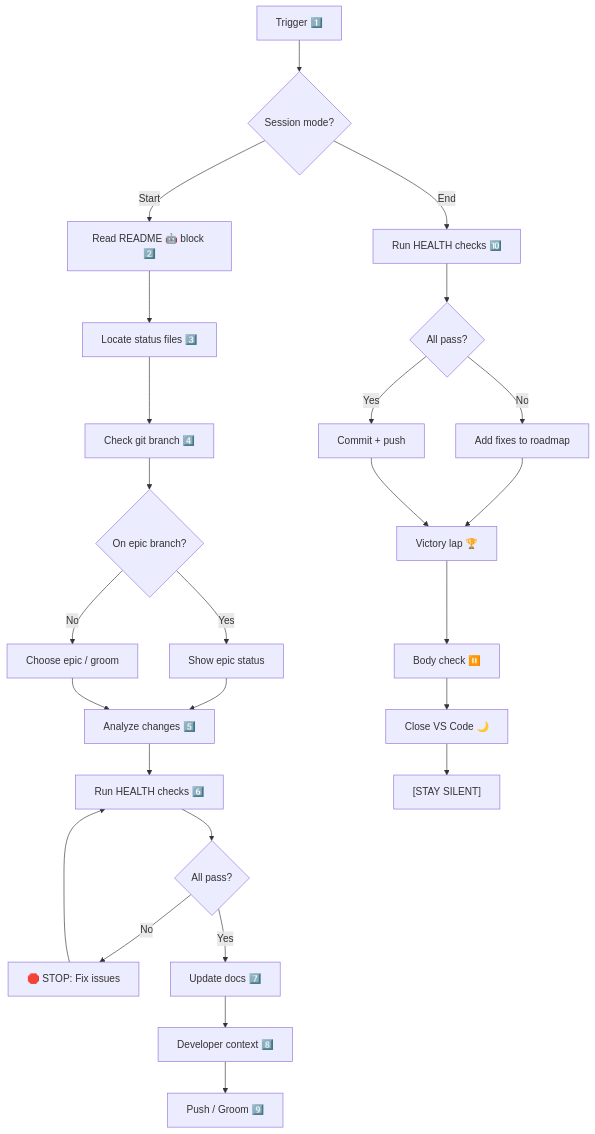
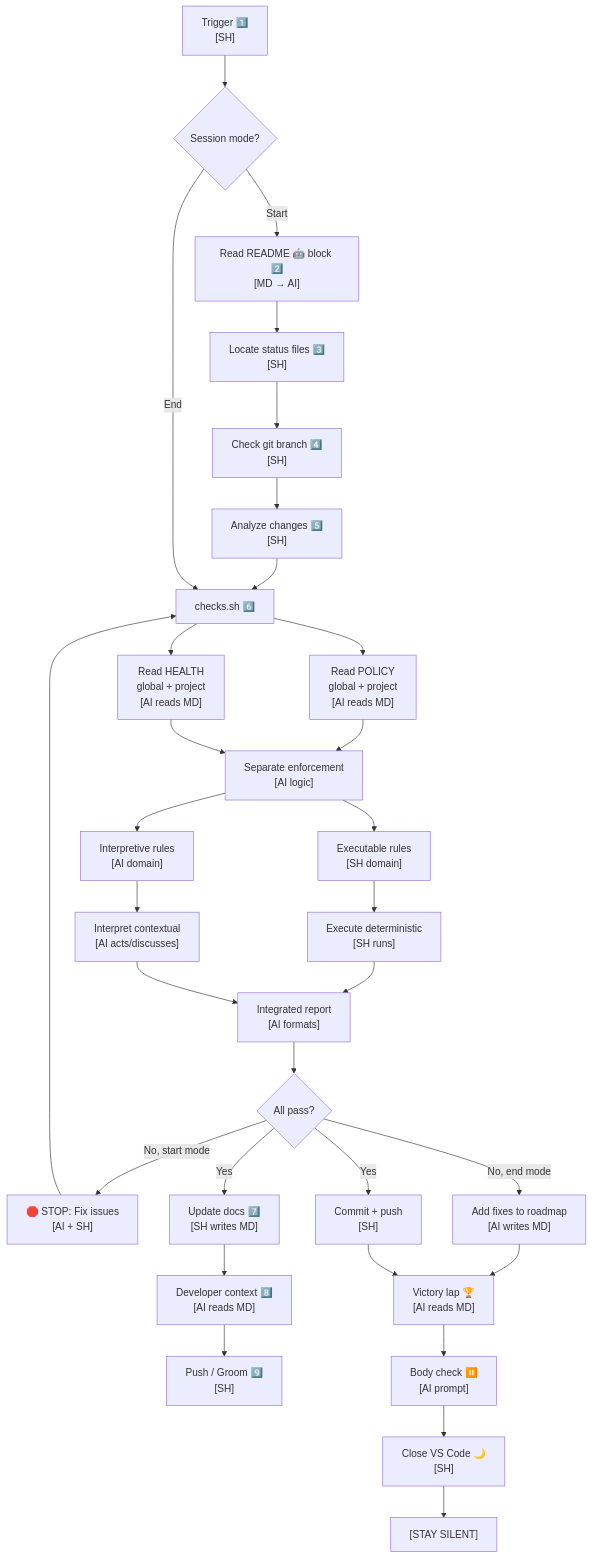
Before and after one commit to nonlinear/skills: the third of 3 diagrams in backstage-skill/SKILL.md, drawn with Mermaid. The commit also changed other lines of this file and 2 other files, not shown here.

Commit message:
backstage-skill: Add POLICY/HEALTH enforcement (executable vs interpretive separation, self-contained)

````diff
--- a/backstage-skill/SKILL.md
+++ b/backstage-skill/SKILL.md
@@ -58,59 +167,77 @@
 ```mermaid
 flowchart TD
-    START["Trigger 1️⃣"]
+    START["Trigger 1️⃣<br/>[SH]"]
     MODE{"Session mode?"}
     
+    %% Common checks module (expanded)
+    CHECKS["checks.sh 6️⃣"]
+    READ_POLICY["Read POLICY<br/>global + project<br/>[AI reads MD]"]
+    READ_HEALTH["Read HEALTH<br/>global + project<br/>[AI reads MD]"]
+    
+    SEPARATE["Separate enforcement<br/>[AI logic]"]
+    EXEC["Executable rules<br/>[SH domain]"]
+    INTERP["Interpretive rules<br/>[AI domain]"]
+    
+    SH_EXEC["Execute deterministic<br/>[SH runs]"]
+    AI_INTERP["Interpret contextual<br/>[AI acts/discusses]"]
+    
+    INTEGRATE["Integrated report<br/>[AI formats]"]
+    CHECKS_GATE{"All pass?"}
+    
     %% Start Branch
-    START_BRANCH["Read README 🤖 block 2️⃣"]
-    START_FILES["Locate status files 3️⃣"]
-    START_GIT["Check git branch 4️⃣"]
-    START_EPIC{"On epic branch?"}
-    START_STATUS["Show epic status"]
-    START_CHOOSE["Choose epic / groom"]
-    START_WORK["Analyze changes 5️⃣"]
-    START_CHECK["Run HEALTH checks 6️⃣"]
-    START_GATE{"All pass?"}
-    START_FIX["🛑 STOP: Fix issues"]
-    START_UPDATE["Update docs 7️⃣"]
-    START_REPORT["Developer context 8️⃣"]
-    START_PUSH["Push / Groom 9️⃣"]
+    START_BRANCH["Read README 🤖 block 2️⃣<br/>[MD → AI]"]
+    START_FILES["Locate status files 3️⃣<br/>[SH]"]
+    START_GIT["Check git branch 4️⃣<br/>[SH]"]
+    START_WORK["Analyze changes 5️⃣<br/>[SH]"]
+    START_FIX["🛑 STOP: Fix issues<br/>[AI + SH]"]
+    START_UPDATE["Update docs 7️⃣<br/>[SH writes MD]"]
+    START_REPORT["Developer context 8️⃣<br/>[AI reads MD]"]
+    START_PUSH["Push / Groom 9️⃣<br/>[SH]"]
     
     %% End Branch
-    END_CHECK["Run HEALTH checks 🔟"]
-    END_GATE{"All pass?"}
-    END_FIXES["Add fixes to roadmap"]
-    END_PUSH["Commit + push"]
-    END_VICTORY["Victory lap 🏆"]
-    END_BODY["Body check ⏸️"]
-    END_CLOSE["Close VS Code 🌙"]
+    END_FIXES["Add fixes to roadmap<br/>[AI writes MD]"]
+    END_PUSH["Commit + push<br/>[SH]"]
+    END_VICTORY["Victory lap 🏆<br/>[AI reads MD]"]
+    END_BODY["Body check ⏸️<br/>[AI prompt]"]
+    END_CLOSE["Close VS Code 🌙<br/>[SH]"]
     END_SILENT["[STAY SILENT]"]
     
     %% Flow
     START --> MODE
     
     MODE -->|Start| START_BRANCH
     START_BRANCH --> START_FILES
     START_FILES --> START_GIT
-    START_GIT --> START_EPIC
-    START_EPIC -->|Yes| START_STATUS
-    START_EPIC -->|No| START_CHOOSE
-    START_STATUS --> START_WORK
-    START_CHOOSE --> START_WORK
-    START_WORK --> START_CHECK
-    START_CHECK --> START_GATE
-    START_GATE -->|No| START_FIX
-    START_FIX --> START_CHECK
-    START_GATE -->|Yes| START_UPDATE
+    START_GIT --> START_WORK
+    START_WORK --> CHECKS
+    
+    CHECKS --> READ_POLICY
+    CHECKS --> READ_HEALTH
+    READ_POLICY --> SEPARATE
+    READ_HEALTH --> SEPARATE
+    
+    SEPARATE --> EXEC
+    SEPARATE --> INTERP
+    
+    EXEC --> SH_EXEC
+    INTERP --> AI_INTERP
+    
+    SH_EXEC --> INTEGRATE
+    AI_INTERP --> INTEGRATE
+    INTEGRATE --> CHECKS_GATE
+    
+    CHECKS_GATE -->|No, start mode| START_FIX
+    START_FIX --> CHECKS
+    CHECKS_GATE -->|Yes| START_UPDATE
     START_UPDATE --> START_REPORT
     START_REPORT --> START_PUSH
     
-    MODE -->|End| END_CHECK
-    END_CHECK --> END_GATE
-    END_GATE -->|No| END_FIXES
-    END_GATE -->|Yes| END_PUSH
+    MODE -->|End| CHECKS
+    CHECKS_GATE -->|No, end mode| END_FIXES
+    CHECKS_GATE -->|Yes| END_PUSH
     END_FIXES --> END_VICTORY
     END_PUSH --> END_VICTORY
     END_VICTORY --> END_BODY
     END_BODY --> END_CLOSE
     END_CLOSE --> END_SILENT
 ```
````
